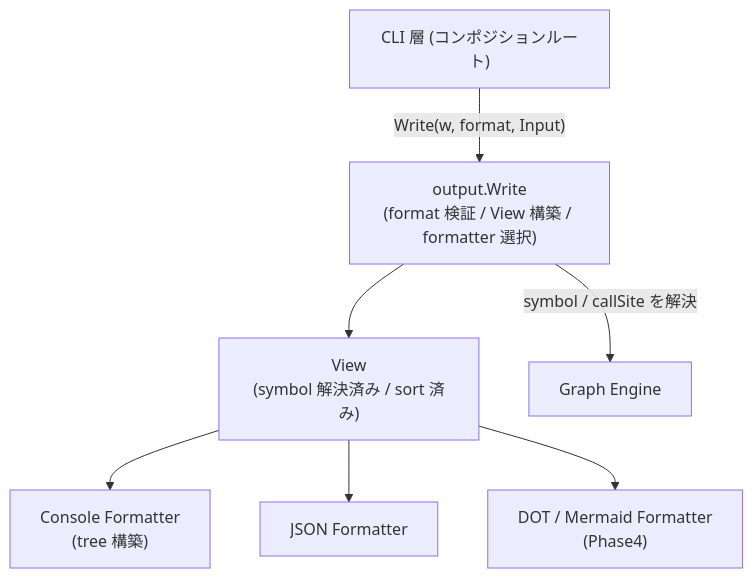
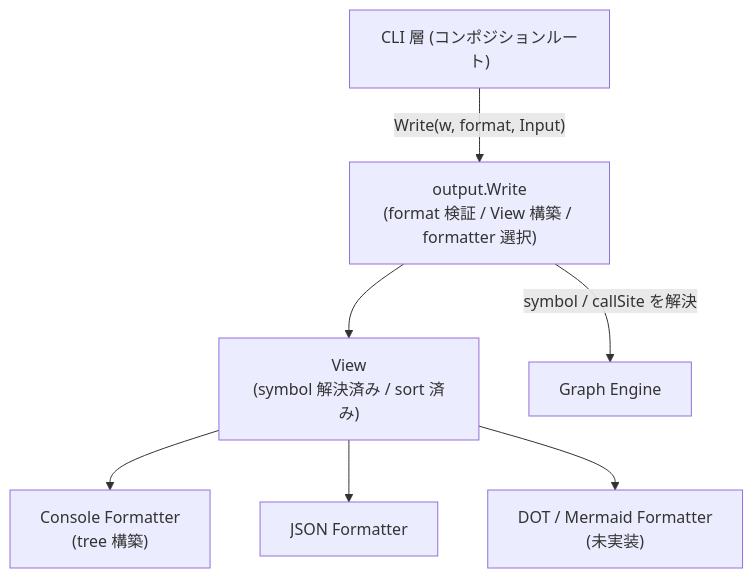
One commit to Fukuemon/depwalk changed the first of 4 diagrams in design/features/output/DesignDoc_output.md. Above: the diagram before and after it, drawn with Mermaid. The commit also changed other lines of this file and 2 other files, not shown here.

First line of the commit message:
docs: graph / output / cli を突き合わせ ADR-0009 を適用する #40

````diff
--- a/design/features/output/DesignDoc_output.md
+++ b/design/features/output/DesignDoc_output.md
@@ -296,9 +285,9 @@
 ```mermaid
 flowchart TD
     CLI["CLI 層 (コンポジションルート)"] -->|"Write(w, format, Input)"| Write["output.Write<br/>(format 検証 / View 構築 / formatter 選択)"]
     Write --> View["View<br/>(symbol 解決済み / sort 済み)"]
     View --> Console["Console Formatter<br/>(tree 構築)"]
     View --> JSON["JSON Formatter"]
-    View --> DOT["DOT / Mermaid Formatter<br/>(Phase4)"]
+    View --> DOT["DOT / Mermaid Formatter<br/>(未実装)"]
     Write -->|"symbol / callSite を解決"| Graph["Graph Engine"]
 ```
````
